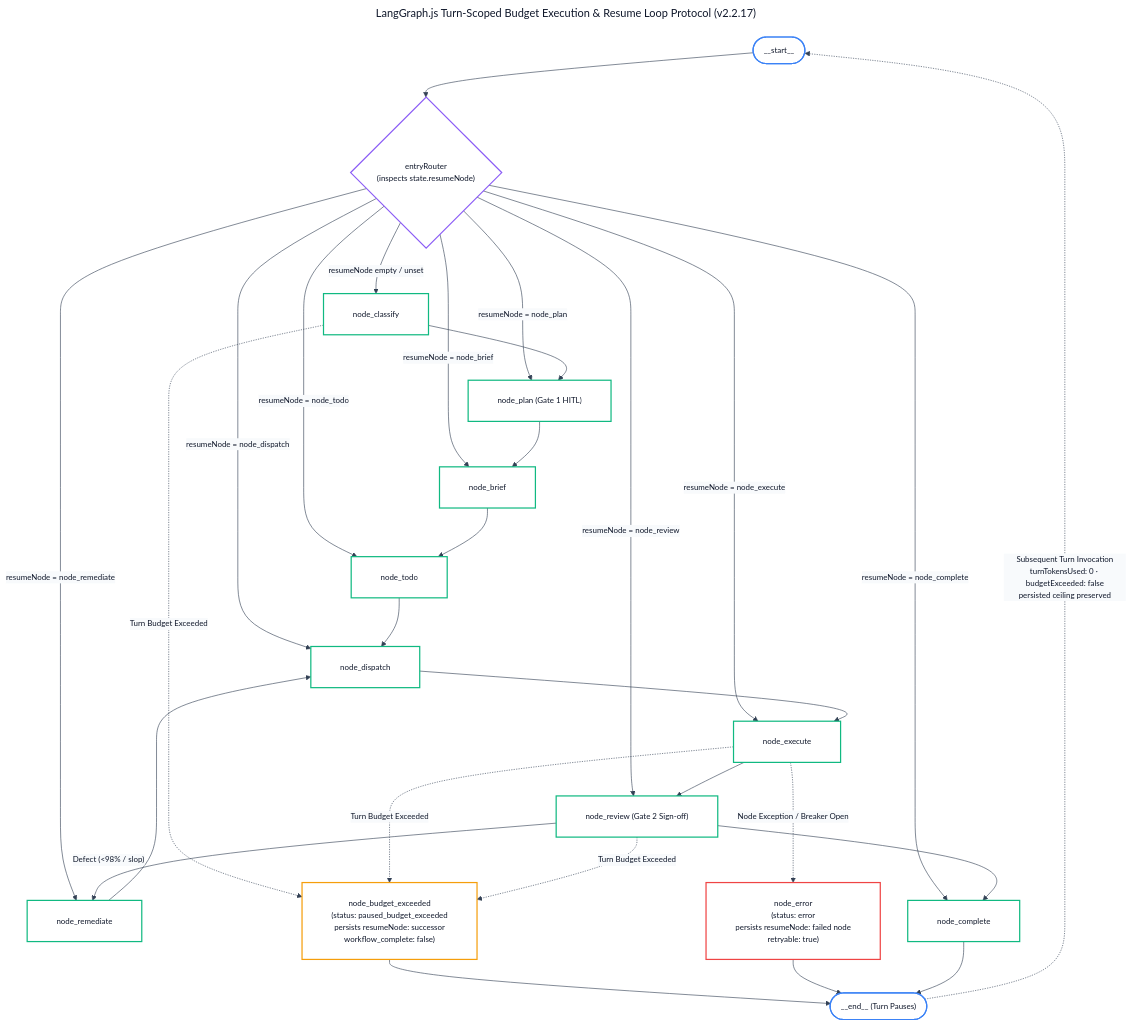
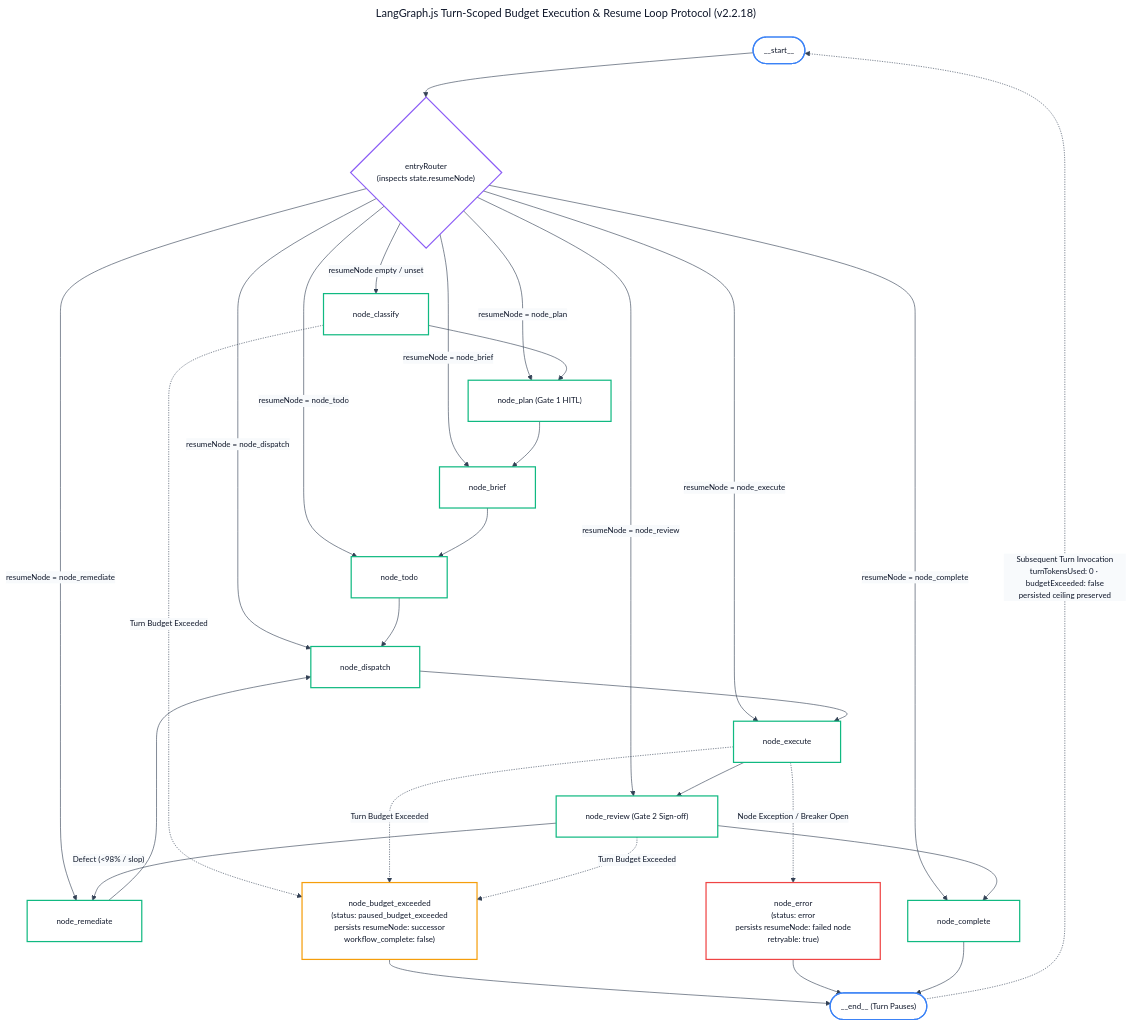
Diagram 17 of 19 in docs/ALL-WORKFLOW-DIAGRAMS.md (andycungkrinx91/konoha), drawn with Mermaid before and after one commit. The commit also changed other lines of this file and 36 other files, not shown here.

````diff
--- a/docs/ALL-WORKFLOW-DIAGRAMS.md
+++ b/docs/ALL-WORKFLOW-DIAGRAMS.md
@@ -1154,71 +1154,71 @@
 ```mermaid
 ---
-title: LangGraph.js Turn-Scoped Budget Execution & Resume Loop Protocol (v2.2.17)
+title: LangGraph.js Turn-Scoped Budget Execution & Resume Loop Protocol (v2.2.18)
 config:
   theme: base
   themeVariables:
     darkMode: false
     background: '#ffffff'
     mainBkg: '#ffffff'
     primaryColor: '#ffffff'
     primaryTextColor: '#0f172a'
     primaryBorderColor: '#8b5cf6'
     lineColor: '#334155'
     arrowheadColor: '#334155'
     secondaryColor: '#f8fafc'
     tertiaryColor: '#ffffff'
     fontFamily: 'Inter, system-ui, -apple-system, sans-serif'
     fontSize: '13px'
   flowchart:
     nodeSpacing: 45
     rankSpacing: 55
     padding: 24
     wrappingWidth: 380
 ---
 flowchart TD
     StartTurn(["__start__"]) --> EntryRouter{"entryRouter<br/>(inspects state.resumeNode)"}
     
     EntryRouter -- "resumeNode empty / unset" --> ClassifyNode["node_classify"]
     EntryRouter -- "resumeNode = node_plan" --> PlanNode["node_plan (Gate 1 HITL)"]
     EntryRouter -- "resumeNode = node_brief" --> BriefNode["node_brief"]
     EntryRouter -- "resumeNode = node_todo" --> TodoNode["node_todo"]
     EntryRouter -- "resumeNode = node_dispatch" --> DispatchNode["node_dispatch"]
     EntryRouter -- "resumeNode = node_execute" --> ExecuteNode["node_execute"]
     EntryRouter -- "resumeNode = node_review" --> ReviewNode["node_review (Gate 2 Sign-off)"]
     EntryRouter -- "resumeNode = node_remediate" --> RemediateNode["node_remediate"]
     EntryRouter -- "resumeNode = node_complete" --> CompleteNode["node_complete"]
 
     ClassifyNode --> PlanNode
     PlanNode --> BriefNode
     BriefNode --> TodoNode
     TodoNode --> DispatchNode
     DispatchNode --> ExecuteNode
     ExecuteNode --> ReviewNode
     ReviewNode --> CompleteNode
     ReviewNode -- "Defect (<98% / slop)" --> RemediateNode
     RemediateNode --> DispatchNode
 
     ClassifyNode -. "Turn Budget Exceeded" .-> BudgetHalt["node_budget_exceeded<br/>(status: paused_budget_exceeded<br/>persists resumeNode: successor<br/>workflow_complete: false)"]
     ExecuteNode -. "Turn Budget Exceeded" .-> BudgetHalt
     ReviewNode -. "Turn Budget Exceeded" .-> BudgetHalt
 
     ExecuteNode -. "Node Exception / Breaker Open" .-> ErrorHalt["node_error<br/>(status: error<br/>persists resumeNode: failed node<br/>retryable: true)"]
 
     BudgetHalt --> EndTurn(["__end__ (Turn Pauses)"])
     ErrorHalt --> EndTurn
     CompleteNode --> EndTurn
 
     EndTurn -. "Subsequent Turn Invocation<br/>turnTokensUsed: 0 · budgetExceeded: false<br/>persisted ceiling preserved" .-> StartTurn
 
     classDef startNode fill:#ffffff,stroke:#3b82f6,color:#0f172a,stroke-width:2px;
     classDef routerNode fill:#ffffff,stroke:#8b5cf6,color:#0f172a,stroke-width:2px;
     classDef activeNode fill:#ffffff,stroke:#10b981,color:#0f172a,stroke-width:2px;
     classDef haltNode fill:#ffffff,stroke:#f59e0b,color:#0f172a,stroke-width:2px;
     classDef errorNode fill:#ffffff,stroke:#ef4444,color:#0f172a,stroke-width:2px;
 
     class StartTurn,EndTurn startNode;
     class EntryRouter routerNode;
     class ClassifyNode,PlanNode,BriefNode,TodoNode,DispatchNode,ExecuteNode,ReviewNode,RemediateNode,CompleteNode activeNode;
     class BudgetHalt haltNode;
     class ErrorHalt errorNode;
 ```
````
